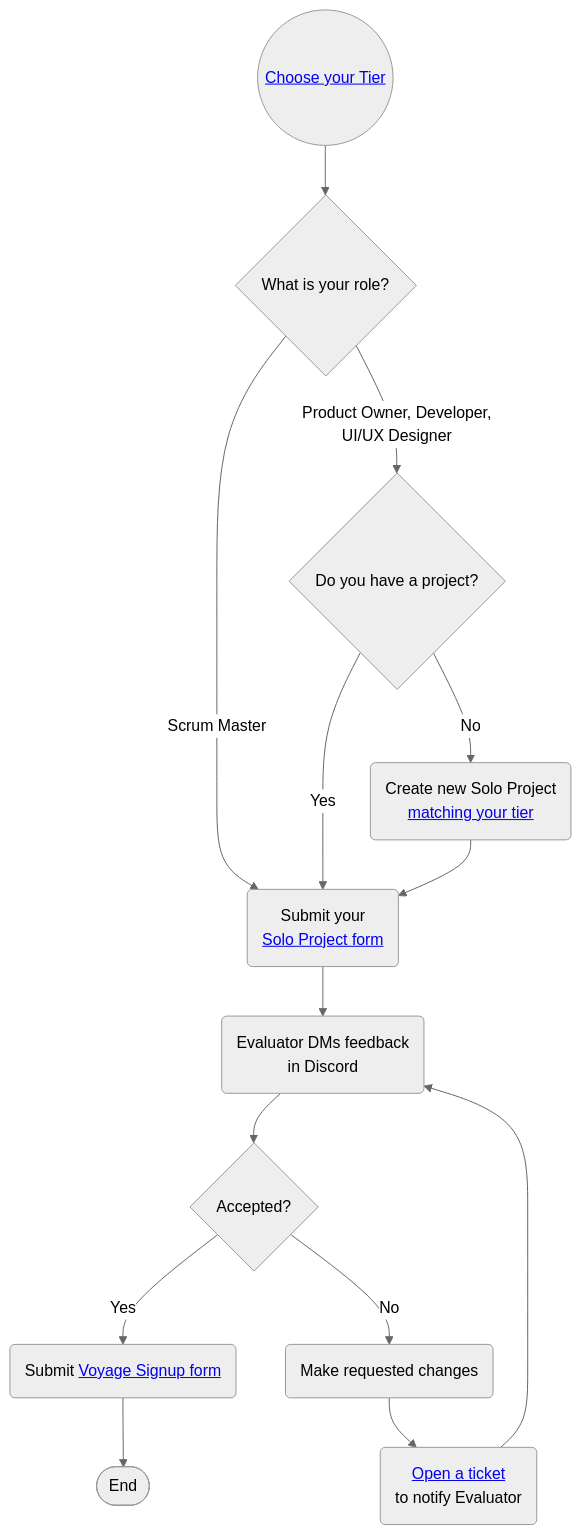
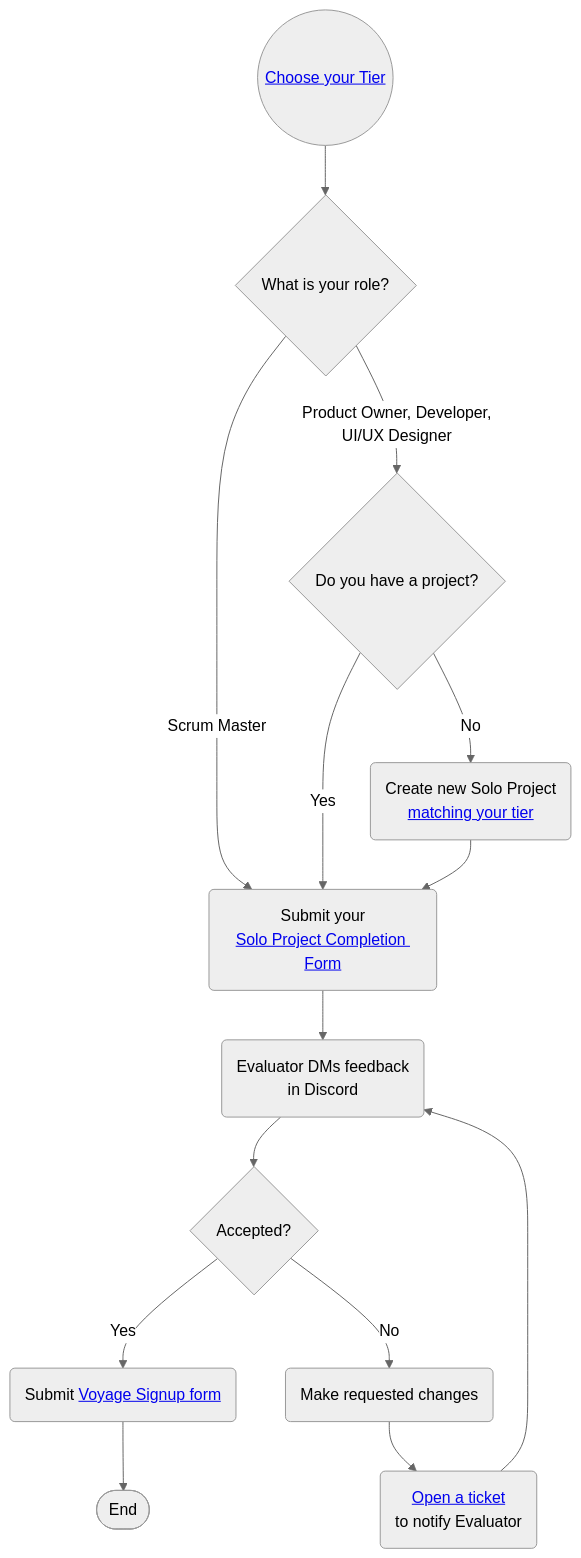
The first of 2 diagrams in docs/guides/soloproject/soloproject.md (chingu-voyages/Handbook), drawn with Mermaid (neutral theme) before and after one commit.

````diff
--- a/docs/guides/soloproject/soloproject.md
+++ b/docs/guides/soloproject/soloproject.md
@@ -16,17 +16,17 @@
 ```mermaid
 graph TB
     A((<a href='https://github.com/chingu-voyages/Handbook/blob/main/docs/guides/soloproject/soloproject.md#1-choose-your-tier-1%EF%B8%8F%E2%83%A3-2%EF%B8%8F%E2%83%A3-3%EF%B8%8F%E2%83%A3'>Choose your Tier</a>)) --> B{What is your role?}
     B -- Scrum Master --> G
     B -- Product Owner, Developer,</br>UI/UX Designer --> F{Do you have a project?}
-    F -- Yes --> G(Submit your <a href='https://airtable.com/appfnDw1vdrDWJ4SB/pagg17xDNYKNJG5Ml/form'></br>Solo Project form</a>)
+    F -- Yes --> G(Submit your</br><a href='https://airtable.com/appfnDw1vdrDWJ4SB/pagg17xDNYKNJG5Ml/form' target='_blank'>Solo Project Completion Form</a>)
     F -- No --> H(Create new Solo Project <a href='https://github.com/chingu-voyages/Handbook/blob/main/docs/guides/soloproject/soloproject.md#2-submit-a-project-'></br>matching your tier</a>)
     H --> G
     G --> J(Evaluator DMs feedback</br>in Discord)
     J --> K{Accepted?};
     K -- Yes --> L(Submit <a href='https://airtable.com/appfnDw1vdrDWJ4SB/pagfMhckTweITERsF/form' target='_blank'>Voyage Signup form</a>);
     K -- No --> M(Make requested changes);
     M --> N(<a href='https://discord.com/channels/330284646283608064/1193342042080817323' target='_blank'>Open a ticket</a></br>to notify Evaluator);
     N --> J;
 
     L --> Z([End]);
 ```
````
